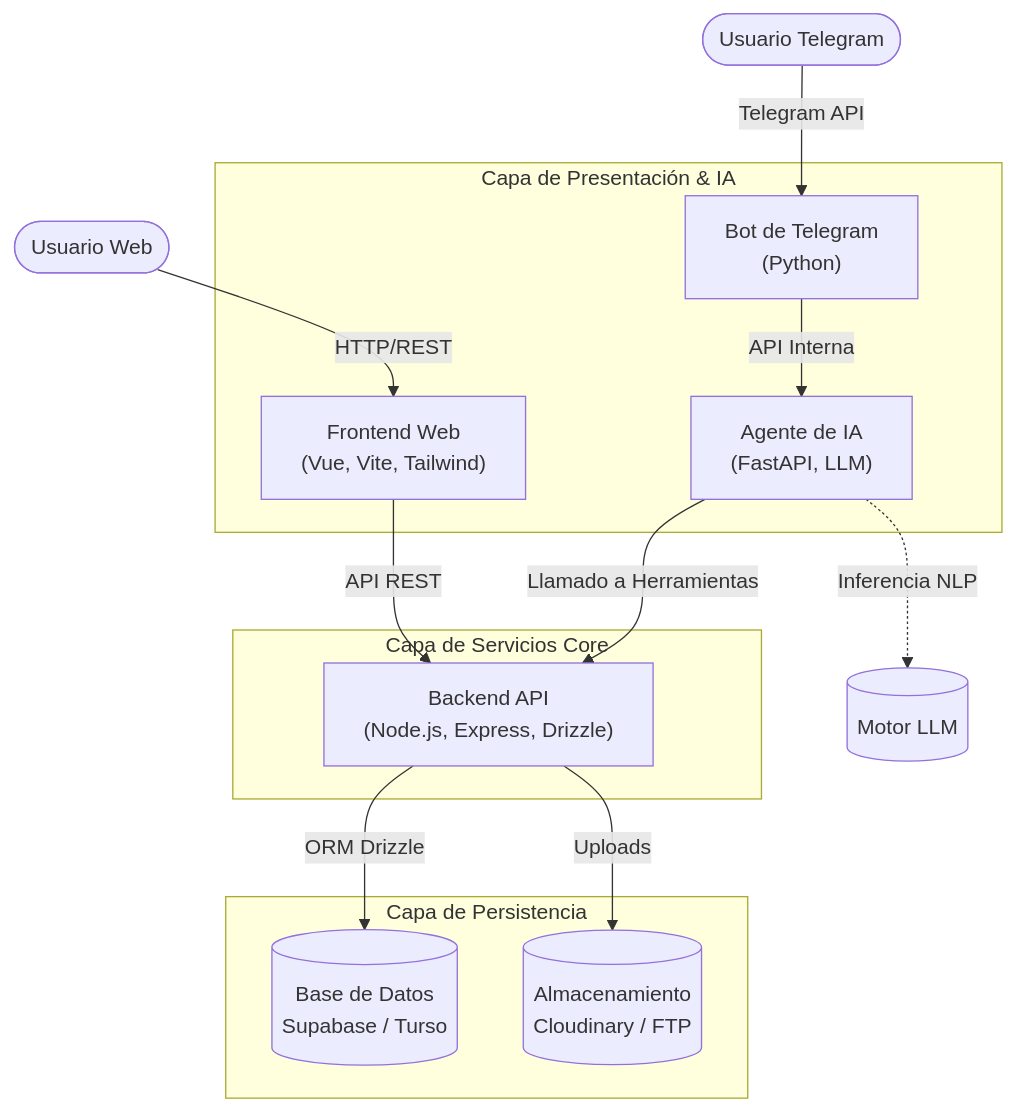
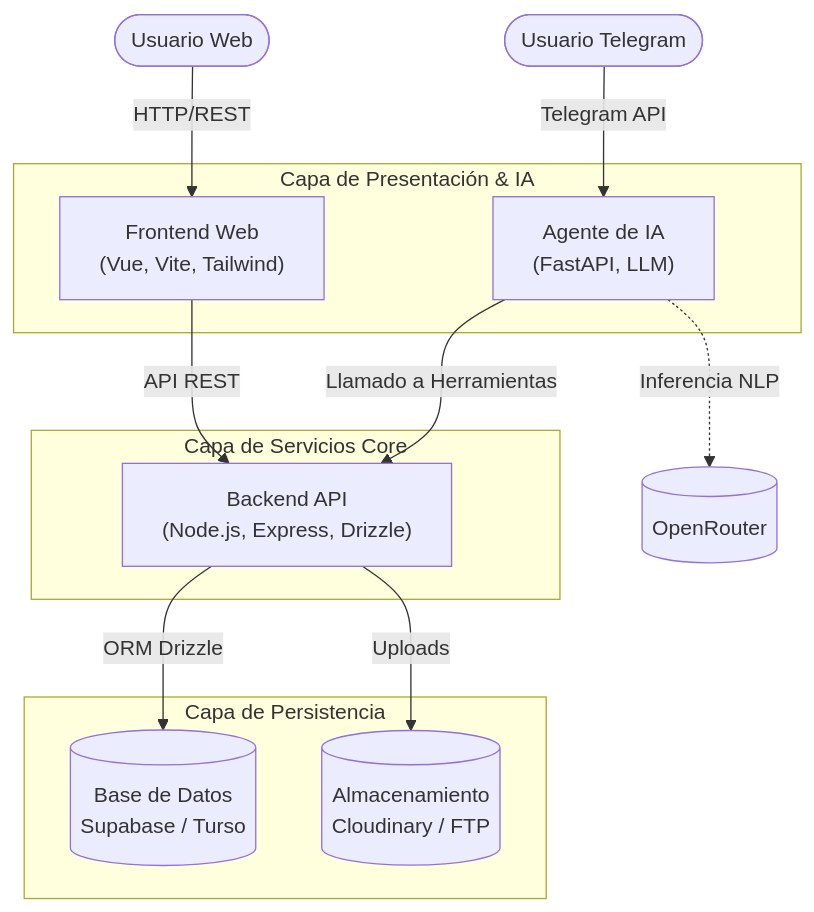
One commit to Edahi98/InventarioArticulosCasa changed the diagram in README.md. Above: the diagram before and after it, drawn with Mermaid. The commit also changed other lines of this file and 2 other files, not shown here.

Commit message:
docs: actualizar README y variables de entorno del agente unificado

````diff
--- a/README.md
+++ b/README.md
@@ -16,32 +16,30 @@
 ```mermaid
 graph TD
     %% Nodos de Interfaz de Usuario
     UserWeb(["Usuario Web"]) -->|HTTP/REST| Frontend
-    UserBot(["Usuario Telegram"]) -->|Telegram API| Bot
+    UserBot(["Usuario Telegram"]) -->|Telegram API| Agente
 
     %% Componentes Principales
     subgraph "Capa de Presentación & IA"
         Frontend["Frontend Web<br/>(Vue, Vite, Tailwind)"]
-        Bot["Bot de Telegram<br/>(Python)"]
         Agente["Agente de IA<br/>(FastAPI, LLM)"]
     end
 
     %% Capa de Backend
     subgraph "Capa de Servicios Core"
         Backend["Backend API<br/>(Node.js, Express, Drizzle)"]
     end
 
     %% Capa de Datos
     subgraph "Capa de Persistencia"
         DB[("Base de Datos<br/>Supabase / Turso")]
         Storage[("Almacenamiento<br/>Cloudinary / FTP")]
     end
 
     %% Conexiones
     Frontend -->|API REST| Backend
-    Bot -->|API Interna| Agente
     Agente -->|Llamado a Herramientas| Backend
     Backend -->|ORM Drizzle| DB
     Backend -->|Uploads| Storage
-    Agente -.->|Inferencia NLP| Ollama[("Motor LLM")]
+    Agente -.->|Inferencia NLP| LLM[("OpenRouter")]
 ```
````
